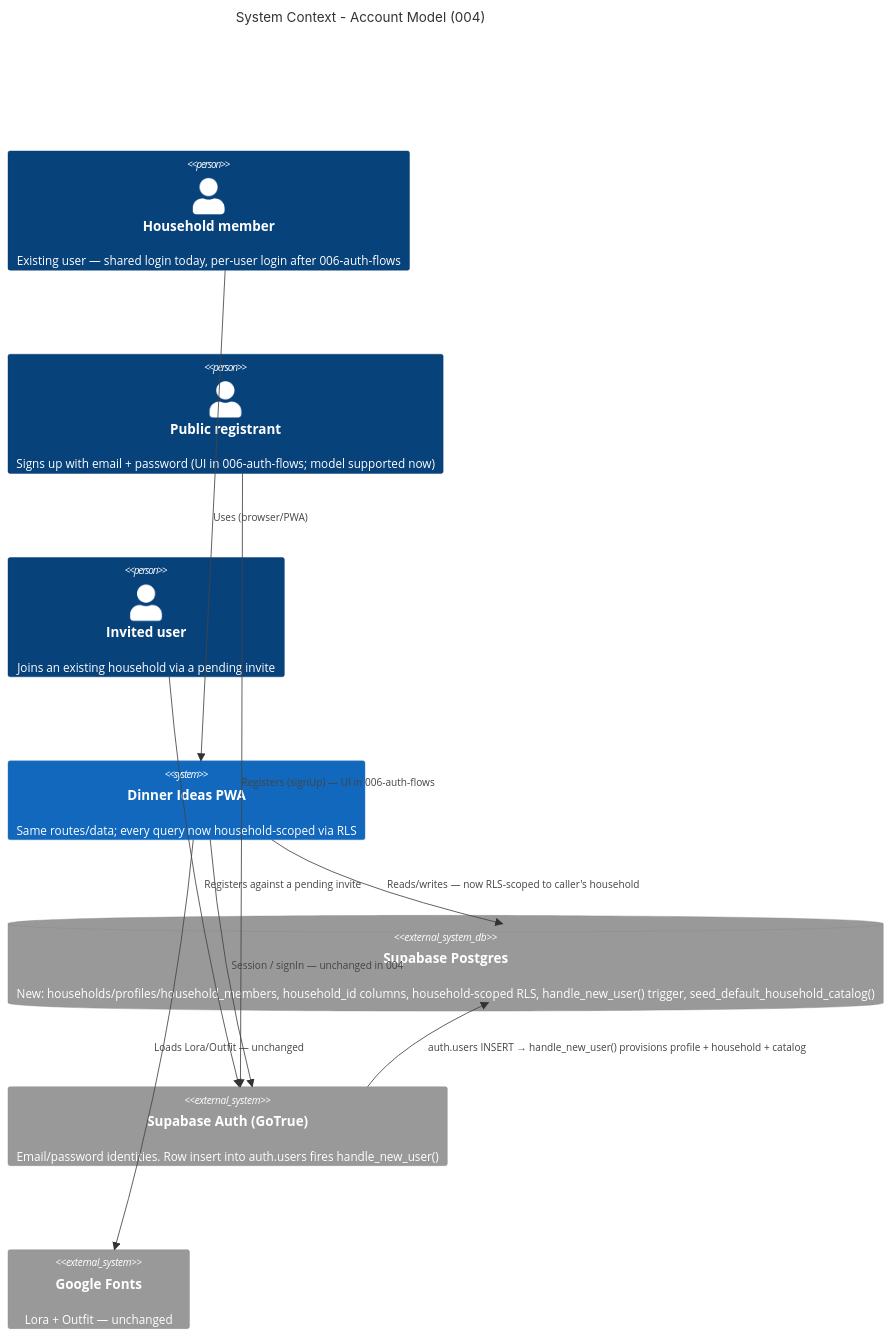
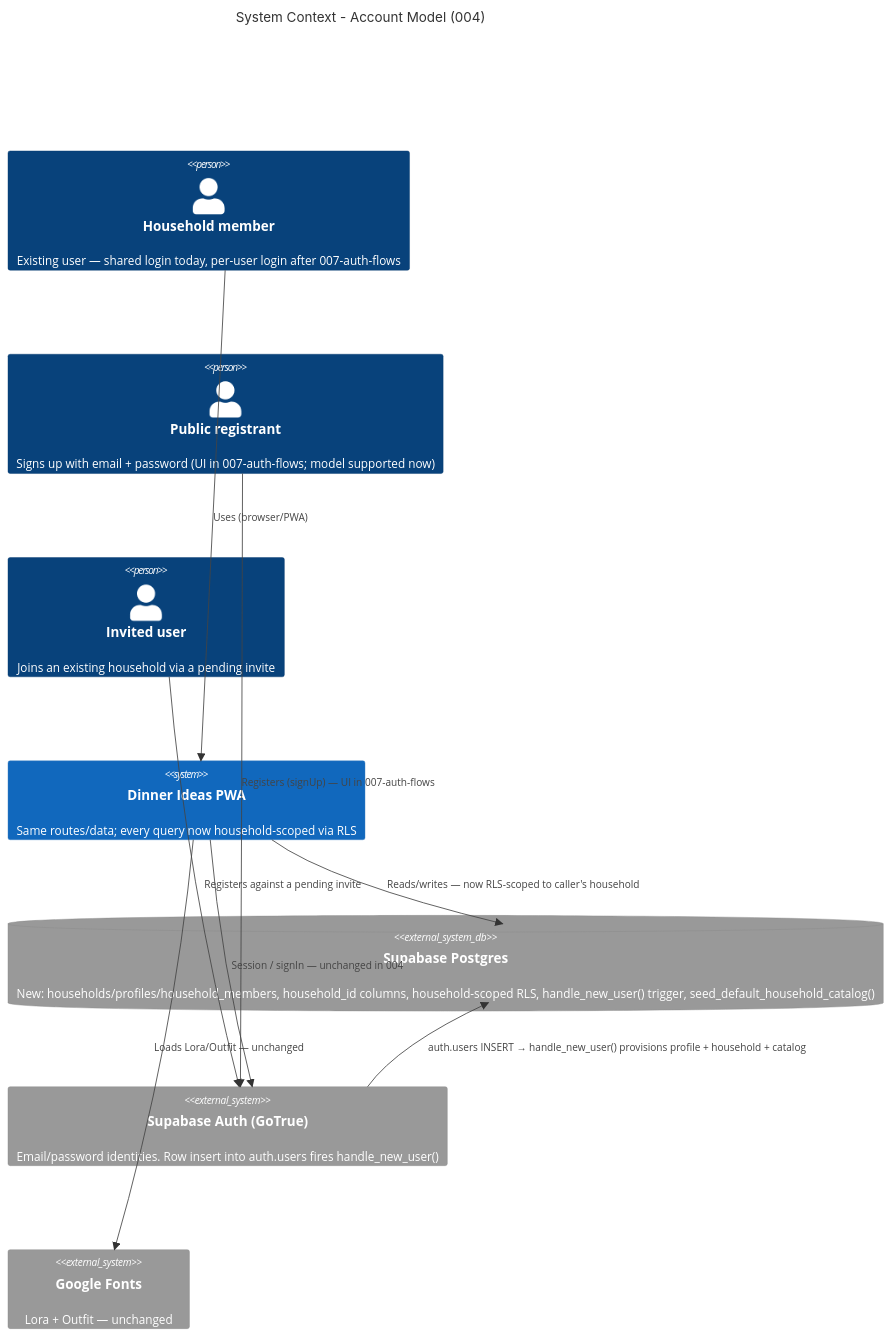
Before and after one commit to platform6/dinner_ideas: the diagram in memory-bank/intents/004-account-model/system-context.md, drawn with Mermaid. The commit also changed other lines of this file and 41 other files, not shown here.

````diff
--- a/memory-bank/intents/004-account-model/system-context.md
+++ b/memory-bank/intents/004-account-model/system-context.md
@@ -25,21 +25,21 @@
 ```mermaid
 C4Context
     title System Context - Account Model (004)
 
-    Person(member, "Household member", "Existing user — shared login today, per-user login after 006-auth-flows")
-    Person(registrant, "Public registrant", "Signs up with email + password (UI in 006-auth-flows; model supported now)")
+    Person(member, "Household member", "Existing user — shared login today, per-user login after 007-auth-flows")
+    Person(registrant, "Public registrant", "Signs up with email + password (UI in 007-auth-flows; model supported now)")
     Person(invitee, "Invited user", "Joins an existing household via a pending invite")
 
     System(app, "Dinner Ideas PWA", "Same routes/data; every query now household-scoped via RLS")
     SystemDb_Ext(pg, "Supabase Postgres", "New: households/profiles/household_members, household_id columns, household-scoped RLS, handle_new_user() trigger, seed_default_household_catalog()")
     System_Ext(gotrue, "Supabase Auth (GoTrue)", "Email/password identities. Row insert into auth.users fires handle_new_user()")
     System_Ext(fonts, "Google Fonts", "Lora + Outfit — unchanged")
 
     Rel(member, app, "Uses (browser/PWA)")
-    Rel(registrant, gotrue, "Registers (signUp) — UI in 006-auth-flows")
+    Rel(registrant, gotrue, "Registers (signUp) — UI in 007-auth-flows")
     Rel(invitee, gotrue, "Registers against a pending invite")
     Rel(app, pg, "Reads/writes — now RLS-scoped to caller's household")
     Rel(app, gotrue, "Session / signIn — unchanged in 004")
     Rel(gotrue, pg, "auth.users INSERT → handle_new_user() provisions profile + household + catalog")
     Rel(app, fonts, "Loads Lora/Outfit — unchanged")
 ```
````
